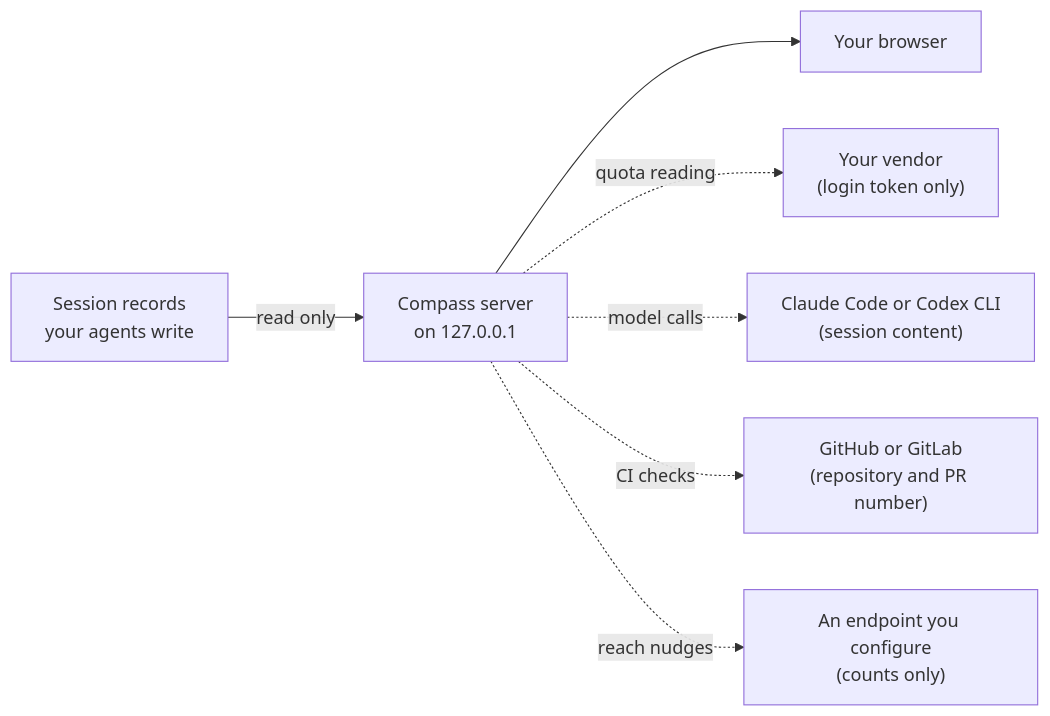
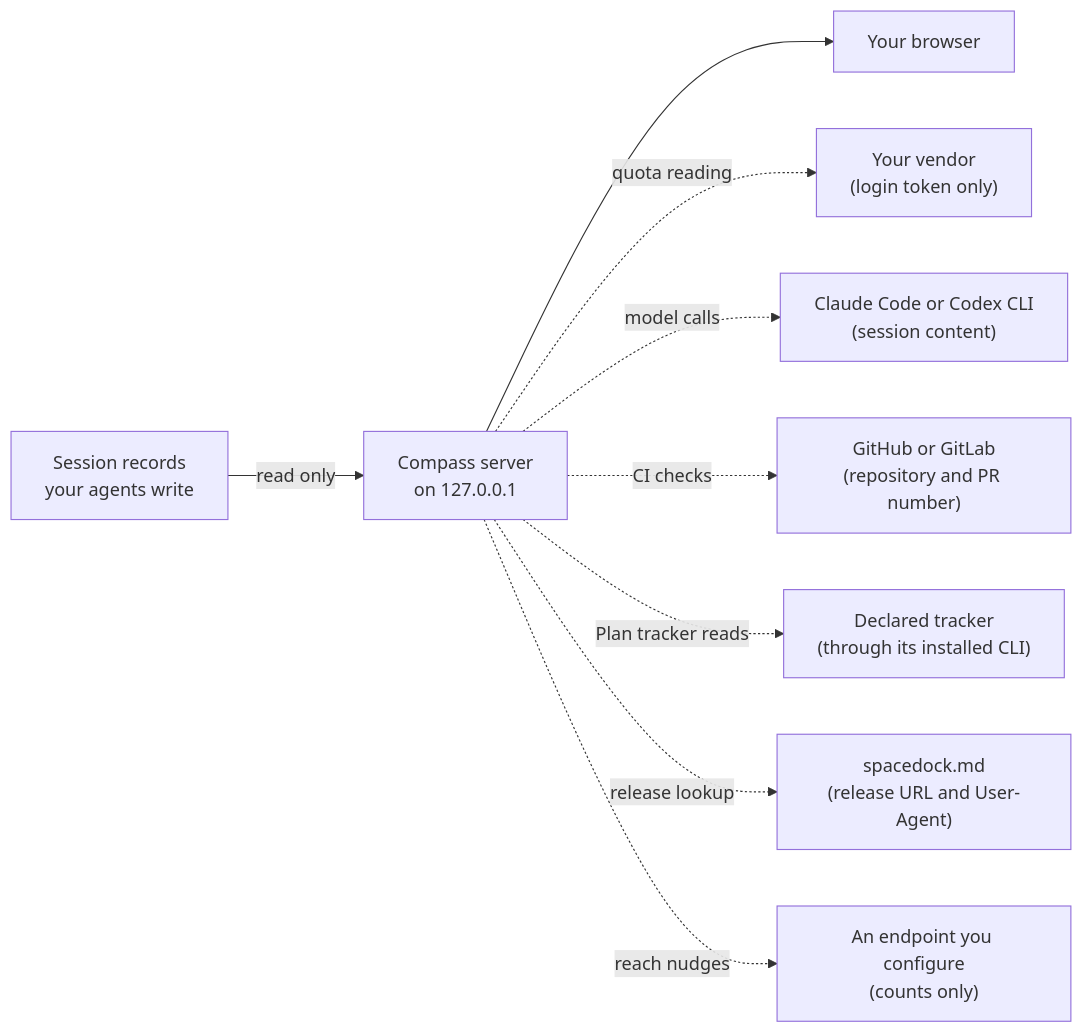
Before and after one commit to spacedock-dev/compass: the second of 2 diagrams in docs/how-it-works.md, drawn with Mermaid. The commit also changed other lines of this file and 46 other files, not shown here.

First line of the commit message:
Read plan board goals and lanes from a second tracker through its own CLI (#1165)

````diff
--- a/docs/how-it-works.md
+++ b/docs/how-it-works.md
@@ -121,9 +121,11 @@
 ```mermaid
 flowchart LR
     R["Session records<br/>your agents write"] -- "read only" --> S["Compass server<br/>on 127.0.0.1"]
     S --> B["Your browser"]
     S -. "quota reading" .-> V["Your vendor<br/>(login token only)"]
     S -. "model calls" .-> M["Claude Code or Codex CLI<br/>(session content)"]
     S -. "CI checks" .-> G["GitHub or GitLab<br/>(repository and PR number)"]
+    S -. "Plan tracker reads" .-> T["Declared tracker<br/>(through its installed CLI)"]
+    S -. "release lookup" .-> U["spacedock.md<br/>(release URL and User-Agent)"]
     S -. "reach nudges" .-> E["An endpoint you configure<br/>(counts only)"]
 ```
````
